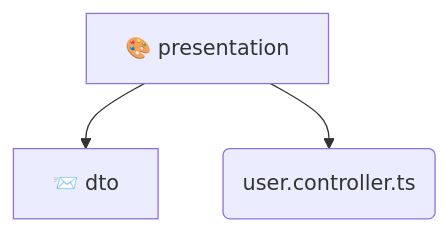
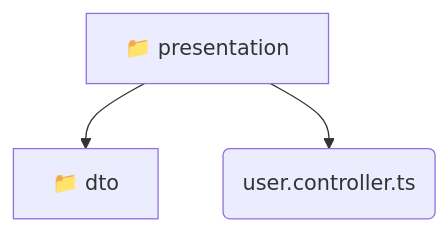
The diagram in backend/src/modules/user/presentation/README.md (beginwebdev2002/fullstack-mavluda), drawn with Mermaid before and after one commit. The commit also changed other lines of this file and 155 other files, not shown here.

````diff
--- a/backend/src/modules/user/presentation/README.md
+++ b/backend/src/modules/user/presentation/README.md
@@ -9,6 +9,6 @@
 ```mermaid
 graph TD
-  presentation[🎨 presentation]
-  presentation --> dto[📨 dto]
-  presentation --> user_controller_ts(user.controller.ts)
+  presentation[📁 presentation]
+  presentation --> presentation_dto[📁 dto]
+  presentation --> presentation_user_controller_ts(user.controller.ts)
 ```
````
